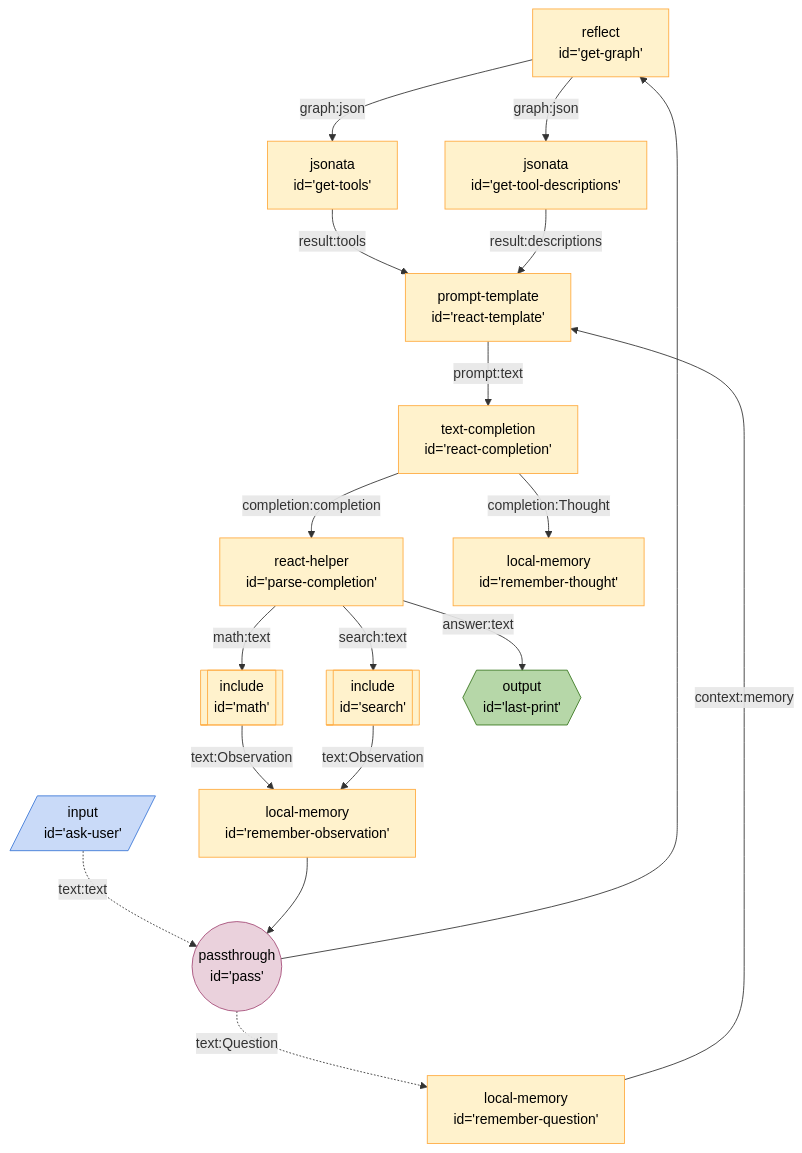
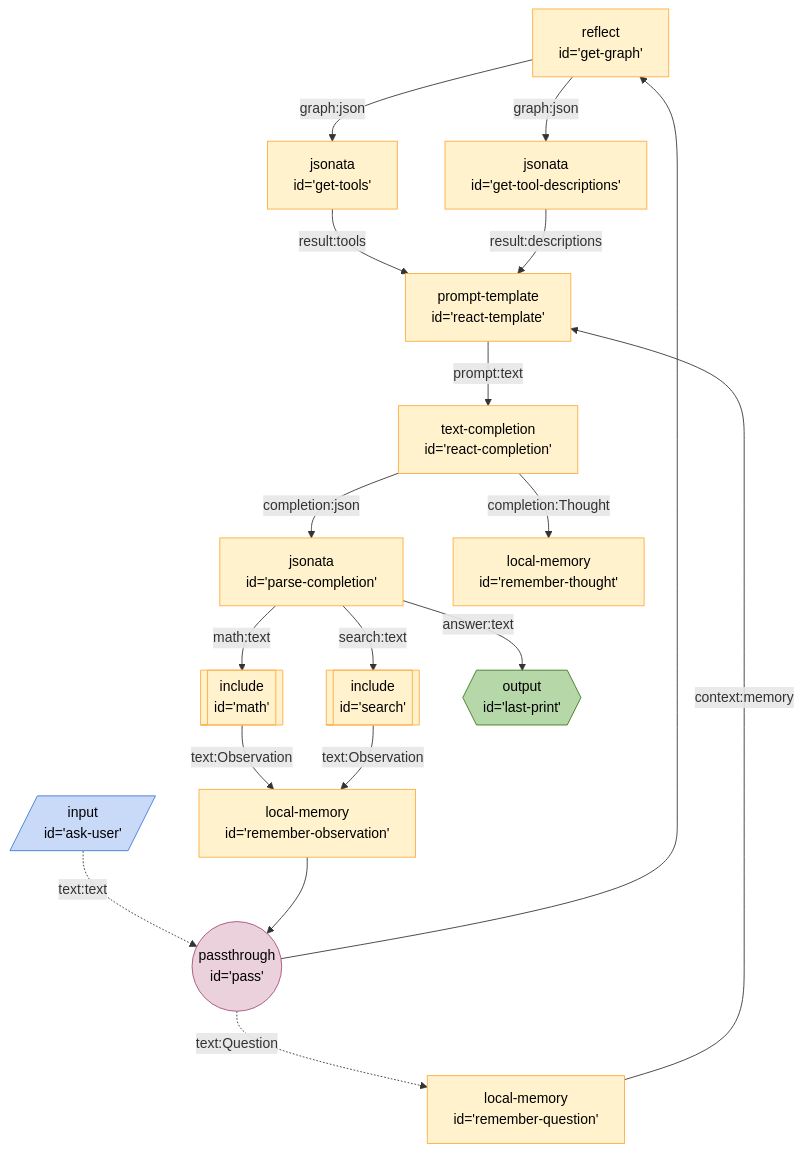
Before and after one commit to breadboard-ai/breadboard: the diagram in seeds/graph-playground/docs/graphs/react-with-jsonata.md, drawn with Mermaid. The commit also changed 2 other files, not shown here.

Commit message:
[graphs] Fully implement `react-with-jsonata`.
Makes progress toward Un-hardcode Tools in ReActHelper #16.

````diff
--- a/seeds/graph-playground/docs/graphs/react-with-jsonata.md
+++ b/seeds/graph-playground/docs/graphs/react-with-jsonata.md
@@ -4,61 +4,61 @@
 ```mermaid
 %%{init: {'themeVariables': { 'fontFamily': 'Fira Code, monospace' }}}%%
 graph TD;
 getgraph["reflect
 id='get-graph'"] -- graph:json --> gettools["jsonata
 id='get-tools'"]
 getgraph["reflect
 id='get-graph'"] -- graph:json --> gettooldescriptions["jsonata
 id='get-tool-descriptions'"]
 gettools["jsonata
 id='get-tools'"] -- result:tools --> reacttemplate["prompt-template
 id='react-template'"]
 gettooldescriptions["jsonata
 id='get-tool-descriptions'"] -- result:descriptions --> reacttemplate["prompt-template
 id='react-template'"]
 askuser[/"input
 id='ask-user'"/]:::input -. text:text .-> pass(("passthrough
 id='pass'")):::passthrough
 pass(("passthrough
 id='pass'")):::passthrough -. text:Question .-> rememberquestion["local-memory
 id='remember-question'"]
 rememberquestion["local-memory
 id='remember-question'"] -- context:memory --> reacttemplate["prompt-template
 id='react-template'"]
 pass(("passthrough
 id='pass'")):::passthrough --> getgraph["reflect
 id='get-graph'"]
 reacttemplate["prompt-template
 id='react-template'"] -- prompt:text --> reactcompletion["text-completion
 id='react-completion'"]
 reactcompletion["text-completion
-id='react-completion'"] -- completion:completion --> parsecompletion["react-helper
+id='react-completion'"] -- completion:json --> parsecompletion["jsonata
 id='parse-completion'"]
 reactcompletion["text-completion
 id='react-completion'"] -- completion:Thought --> rememberthought["local-memory
 id='remember-thought'"]
-parsecompletion["react-helper
+parsecompletion["jsonata
 id='parse-completion'"] -- search:text --> search[["include
 id='search'"]]:::include
-parsecompletion["react-helper
+parsecompletion["jsonata
 id='parse-completion'"] -- math:text --> math[["include
 id='math'"]]:::include
 math[["include
 id='math'"]]:::include -- text:Observation --> rememberobservation["local-memory
 id='remember-observation'"]
 search[["include
 id='search'"]]:::include -- text:Observation --> rememberobservation["local-memory
 id='remember-observation'"]
 rememberobservation["local-memory
 id='remember-observation'"] --> pass(("passthrough
 id='pass'")):::passthrough
-parsecompletion["react-helper
+parsecompletion["jsonata
 id='parse-completion'"] -- answer:text --> lastprint{{"output
 id='last-print'"}}:::output
 classDef default stroke:#ffab40,fill:#fff2ccff,color:#000
 classDef input stroke:#3c78d8,fill:#c9daf8ff,color:#000
 classDef output stroke:#38761d,fill:#b6d7a8ff,color:#000
 classDef passthrough stroke:#a64d79,fill:#ead1dcff,color:#000
 classDef slot stroke:#a64d79,fill:#ead1dcff,color:#000
 classDef slotted stroke:#a64d79
 ```
````
